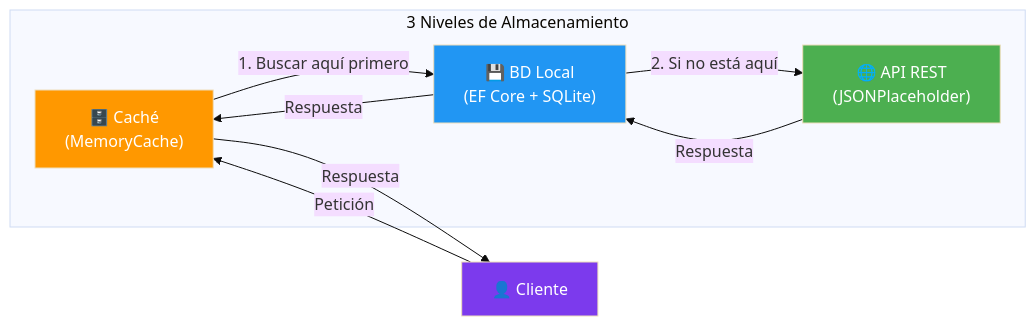
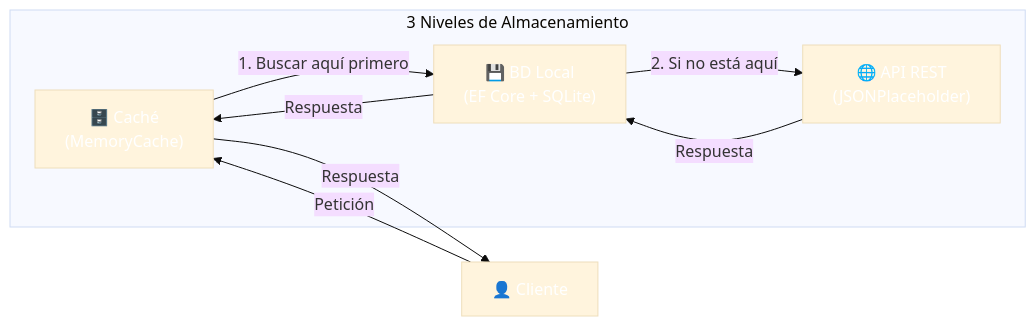
One commit to joseluisgs/DesarrolloWebEntornosServidor-01-2026-2027 changed the first of 5 diagrams in practicas/06-repositorio_remoto.md. Above: the diagram before and after it, drawn with Mermaid (base theme). The commit also changed other lines of this file and 66 other files, not shown here.

First line of the commit message:
fix: normalizar titulos al castellano de frase y corregir la paleta de mermaid

````diff
--- a/practicas/06-repositorio_remoto.md
+++ b/practicas/06-repositorio_remoto.md
@@ -48,17 +48,17 @@
 ```mermaid
 graph LR
     subgraph NIVELES["3 Niveles de Almacenamiento"]
         A["🗄️ Caché<br/>(MemoryCache)"] -->|1. Buscar aquí primero| B["💾 BD Local<br/>(EF Core + SQLite)"]
         B -->|2. Si no está aquí| C["🌐 API REST<br/>(JSONPlaceholder)"]
     end
 
     D["👤 Cliente"] -->|Petición| A
     C -->|Respuesta| B
     B -->|Respuesta| A
     A -->|Respuesta| D
 
-    style A fill:#FF9800,color:#fff
-    style B fill:#2196F3,color:#fff
-    style C fill:#4CAF50,color:#fff
-    style D fill:#7c3aed,color:#fff
+    style A fill:#FF980,color:#fff0,color:#fff
+    style B fill:#2196F,color:#fff3,color:#fff
+    style C fill:#4CAF5,color:#fff0,color:#fff
+    style D fill:#7c3ae,color:#fffd,color:#fff
 ```
````
